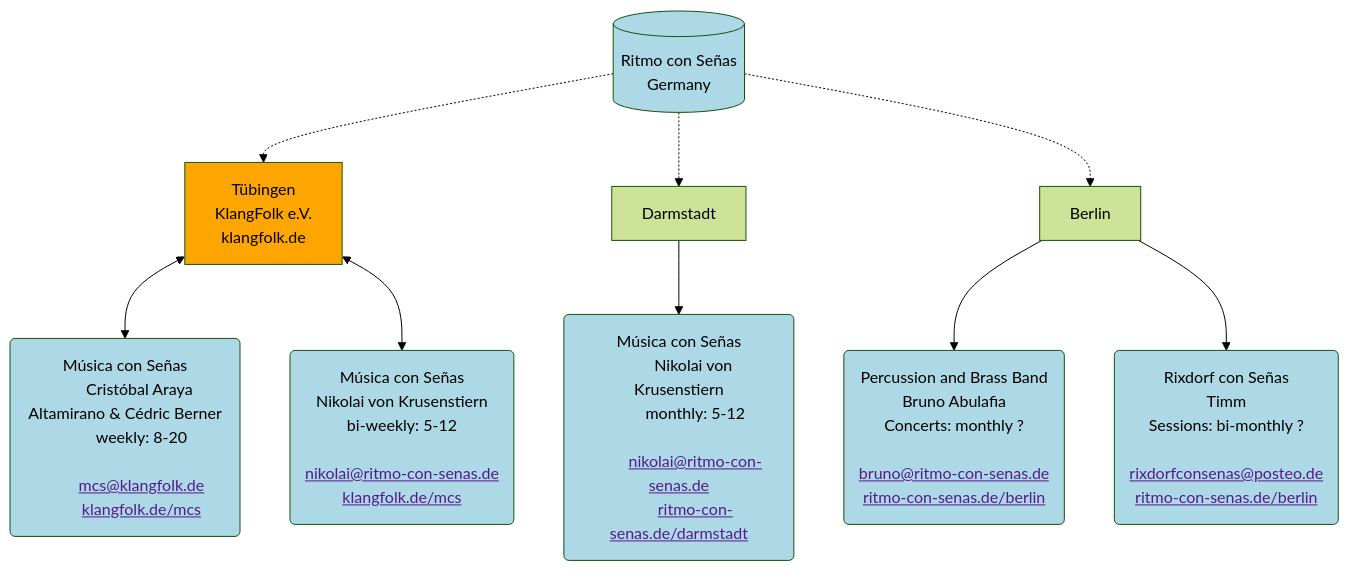
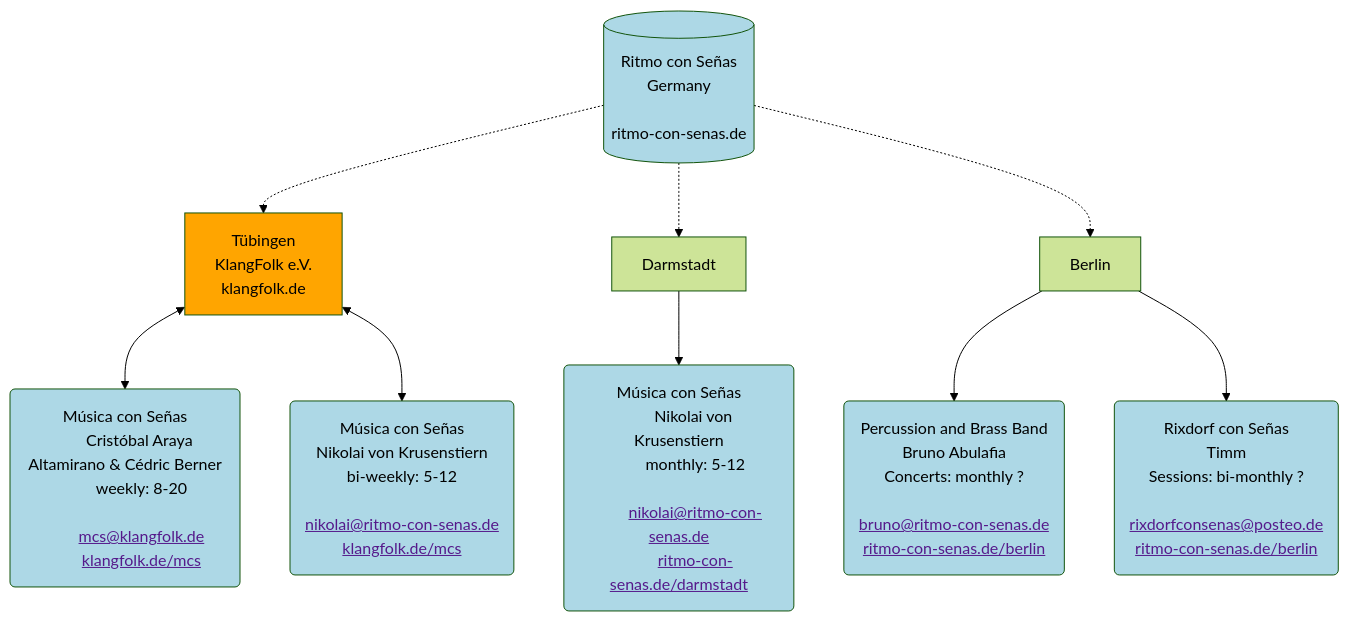
One commit to Ritmo-con-Senas/orgcharts changed the first of 2 diagrams in README.md. Above: the diagram before and after it, drawn with Mermaid.

````diff
--- a/README.md
+++ b/README.md
@@ -4,62 +4,66 @@
 ```mermaid
 %%{init: {'theme':'forest'}}%%
 flowchart TD
-    rcs[(Ritmo con Señas<br>Germany)]
+    rcs[(Ritmo con Señas<br>Germany<br>
+    ritmo-con-senas.de)]
+
     TUE[Tübingen<br>KlangFolk e.V.<br>klangfolk.de]
+
     DA[Darmstadt]
+    
     B[Berlin]
 
     rcs -.-> TUE
     rcs -.-> DA
     rcs -.-> B
 
     TUE_MCS(Música con Señas
         Cristóbal Araya Altamirano & Cédric Berner
         weekly: 8-20<br>
         <a href>mcs@klangfolk.de</a>
         <a href>klangfolk.de/mcs</a>)
 
     TUE_MCS_2(Música con Señas
         Nikolai von Krusenstiern
         bi-weekly: 5-12<br>
         <a href>nikolai@ritmo-con-senas.de</a>
         <a href>klangfolk.de/mcs</a>)
     
     TUE <--> TUE_MCS
     TUE <--> TUE_MCS_2
 
     DA_MCS(Música con Señas
         Nikolai von Krusenstiern
         monthly: 5-12<br>
         <a href>nikolai@ritmo-con-senas.de</a>
         <a href>ritmo-con-senas.de/darmstadt</a>)
 
     DA --> DA_MCS
 
     B_P(Percussion and Brass Band
         Bruno Abulafia
         Concerts: monthly ?<br>
         <a href>bruno@ritmo-con-senas.de</a>
         <a href>ritmo-con-senas.de/berlin</a>)
 
     B_R(Rixdorf con Señas
         Timm
         Sessions: bi-monthly ?<br>
         <a href>rixdorfconsenas@posteo.de</a>
         <a href>ritmo-con-senas.de/berlin</a>)
     B --> B_P
     B --> B_R
 
 %%    linkStyle 11 stroke-width:4px,stroke:blue
 
     classDef BLUE fill:lightblue
     classDef YEL fill:yellow
     classDef BLU fill:skyblue
     classDef ORA fill:orange
 
     class rcs,TUE_MCS,TUE_MCS_2,DA_MCS,B_P,B_R BLUE
     class x BLU
     class x YEL
     class TUE ORA
 
 ```
````
